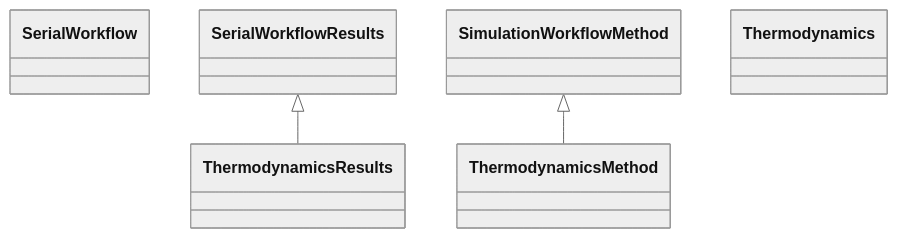
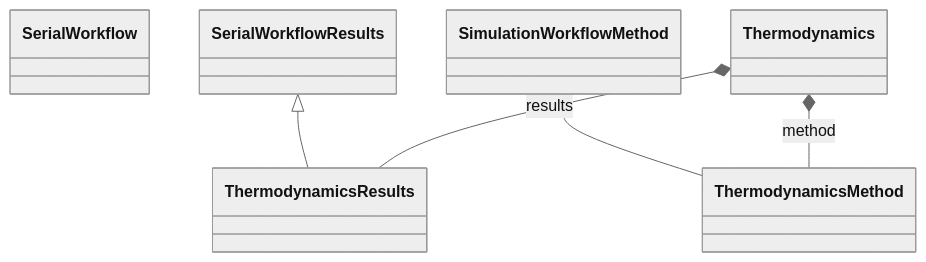
Before and after one commit to FAIRmat-NFDI/nomad-simulations: the diagram in docs/schema/workflow_thermodynamics.md, drawn with Mermaid (neutral theme). The commit also changed other lines of this file and 21 other files, not shown here.

````diff
--- a/docs/schema/workflow_thermodynamics.md
+++ b/docs/schema/workflow_thermodynamics.md
@@ -17,11 +17,13 @@
 ```mermaid
 classDiagram
     class SerialWorkflow
     class SerialWorkflowResults
     class SimulationWorkflowMethod
     class Thermodynamics
     class ThermodynamicsMethod
     class ThermodynamicsResults
     SimulationWorkflowMethod <|-- ThermodynamicsMethod
     SerialWorkflowResults <|-- ThermodynamicsResults
+    Thermodynamics *-- ThermodynamicsMethod : method
+    Thermodynamics *-- ThermodynamicsResults : results
 ```
````
